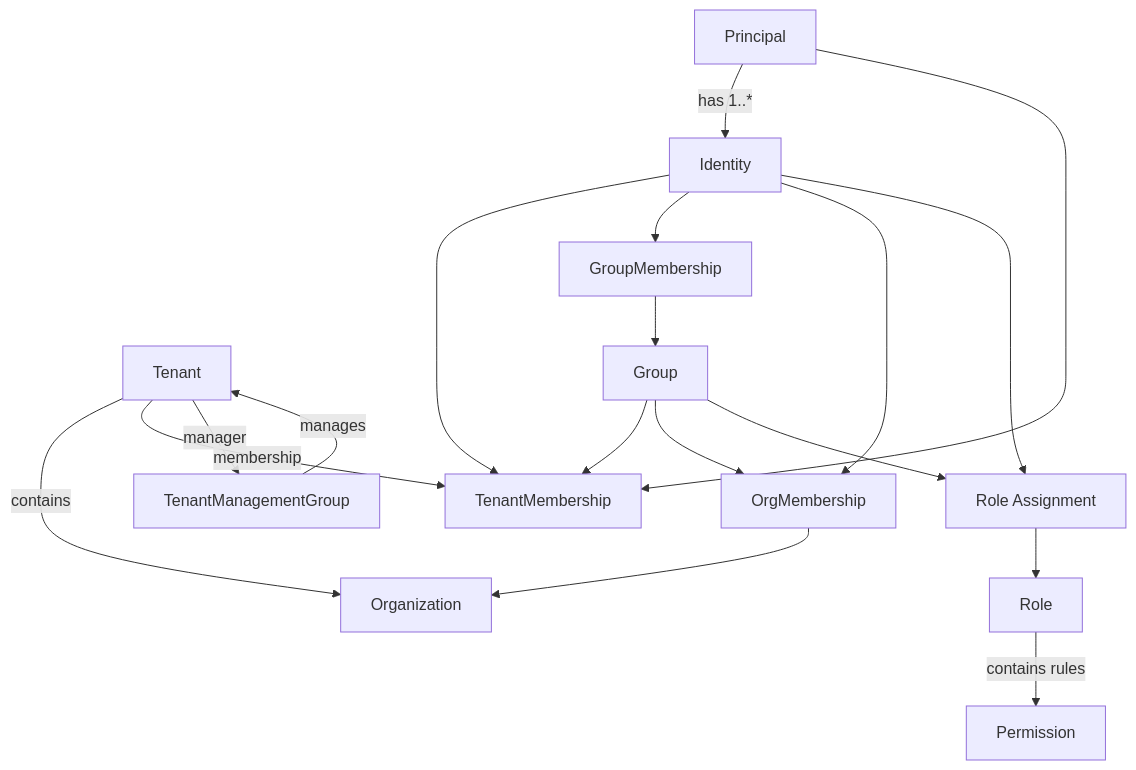
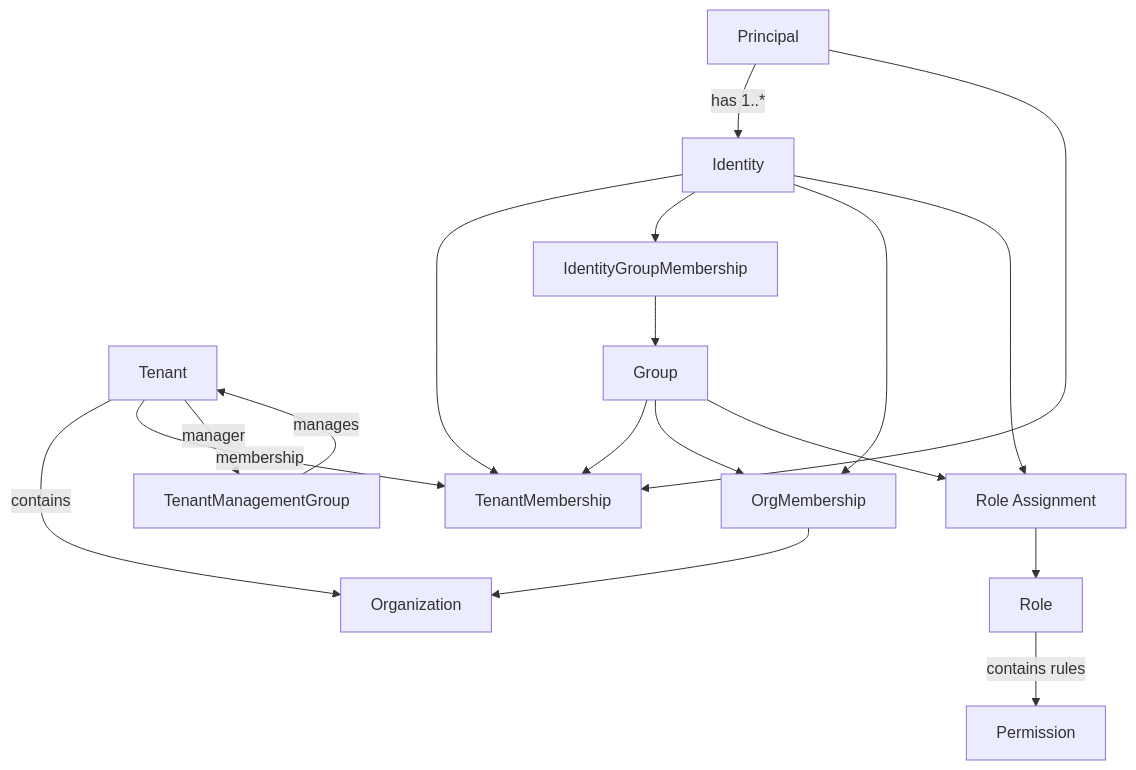
Before and after one commit to yduchesne/mtmf: the diagram in docs/DOMAIN_MODEL.md, drawn with Mermaid. The commit also changed other lines of this file, not shown here.

````diff
--- a/docs/DOMAIN_MODEL.md
+++ b/docs/DOMAIN_MODEL.md
@@ -420,37 +461,37 @@
 ```mermaid
 flowchart TD
     T[Tenant]
     O[Organization]
     P[Principal]
     I[Identity]
     G[Group]
     R[Role]
     PM[Permission]
     TM[TenantMembership]
     OM[OrgMembership]
-    GM[GroupMembership]
+    GM[IdentityGroupMembership]
     RA[Role Assignment]
     TMG[TenantManagementGroup]
 
     T -->|contains| O
     T -->|membership| TM
     P -->|has 1..*| I
     P --> TM
     I --> TM
     G --> TM
 
     I --> GM
     GM --> G
 
     I --> OM
     G --> OM
     OM --> O
 
     I --> RA
     G --> RA
     RA --> R
     R -->|contains rules| PM
 
     T -->|manager| TMG
     TMG -->|manages| T
 ```
````
